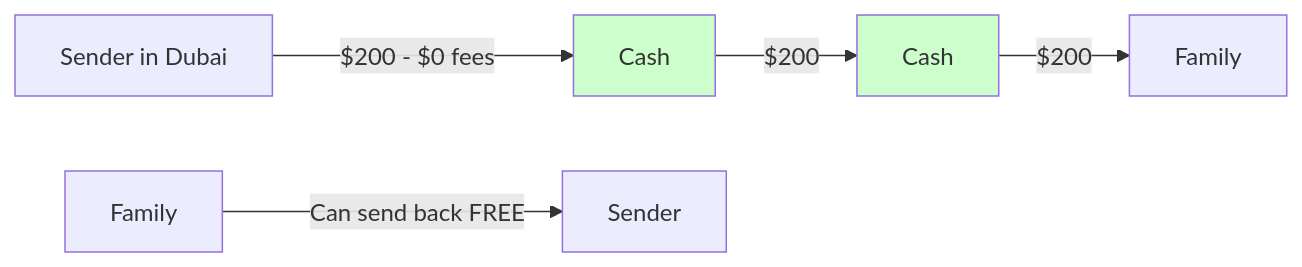
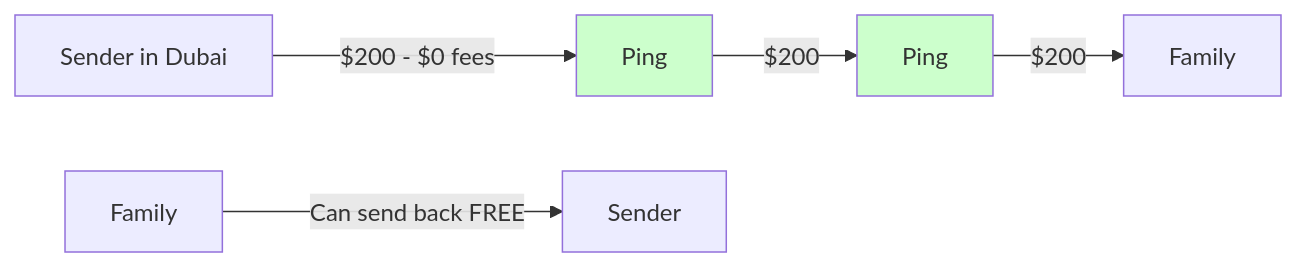
One commit to ping-cash/ping-cash changed the third of 4 diagrams in docs/COMPETITORS.md. Above: the diagram before and after it, drawn with Mermaid. The commit also changed other lines of this file and 38 other files, not shown here.

First line of the commit message:
chore: rebrand Cash → Ping; migrate to ping-cash/ping-cash

````diff
--- a/docs/COMPETITORS.md
+++ b/docs/COMPETITORS.md
@@ -192,11 +192,11 @@
 ```mermaid
 flowchart LR
-    A[Sender in Dubai] -->|$200 - $0 fees| B[Cash]
-    B -->|$200| C[Cash]
+    A[Sender in Dubai] -->|$200 - $0 fees| B[Ping]
+    B -->|$200| C[Ping]
     C -->|$200| D[Family]
 
     E[Family] -->|Can send back FREE| F[Sender]
 
     style B fill:#ccffcc
     style C fill:#ccffcc
 ```
````
